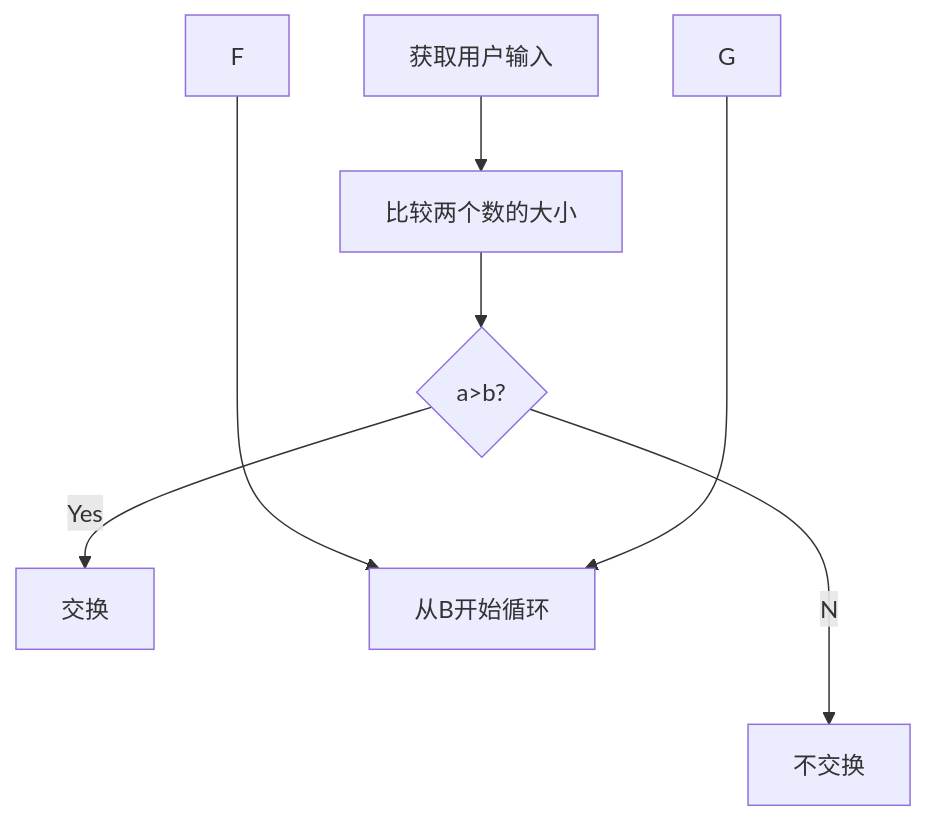
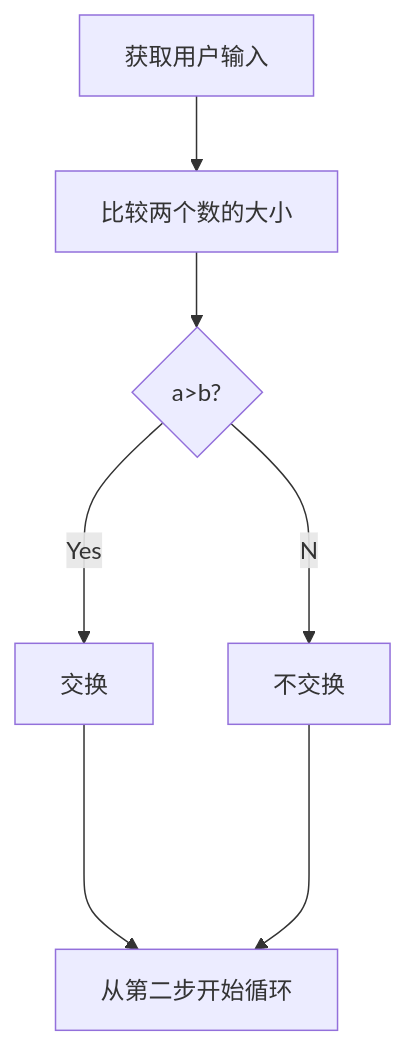
One commit to FanWang0/414join changed the diagram in README.md. Above: the diagram before and after it, drawn with Mermaid.

````diff
--- a/README.md
+++ b/README.md
@@ -6,9 +6,9 @@
 ```mermaid
 flowchart TD
 A[获取用户输入]-->B[比较两个数的大小];
 B-->C{a>b?};
 C--Yes-->D[交换];
 C--No-->E[不交换];
-F---->H[从B开始循环];
-G---->H[从B开始循环];
+D---->H[从第二步开始循环];
+E---->H[从第二步开始循环];
 ```
````
